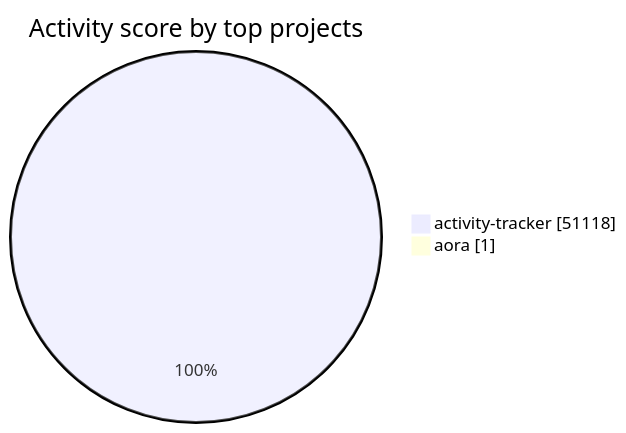
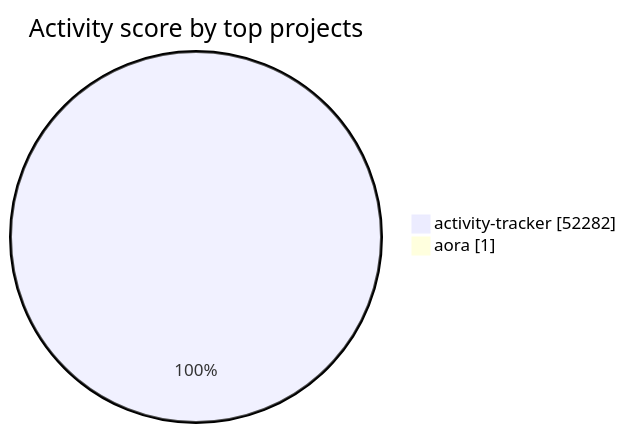
Before and after one commit to Sonkarrushikesh22/activity-tracker: the diagram in visualizations/README.md, drawn with Mermaid. The commit also changed other lines of this file and 4 other files, not shown here.

````diff
--- a/visualizations/README.md
+++ b/visualizations/README.md
@@ -33,6 +33,6 @@
 ```mermaid
 pie showData
     title Activity score by top projects
-    "activity-tracker" : 51118
+    "activity-tracker" : 52282
     "aora" : 1
 ```
````
